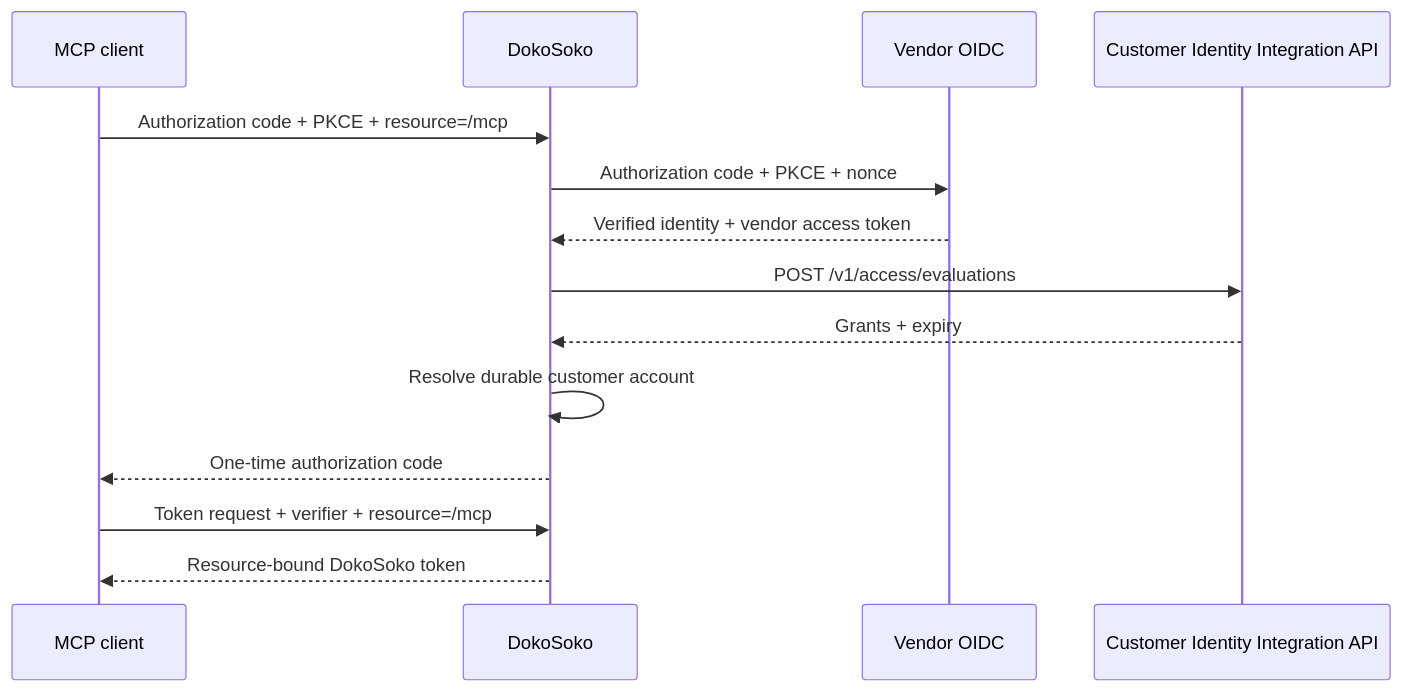
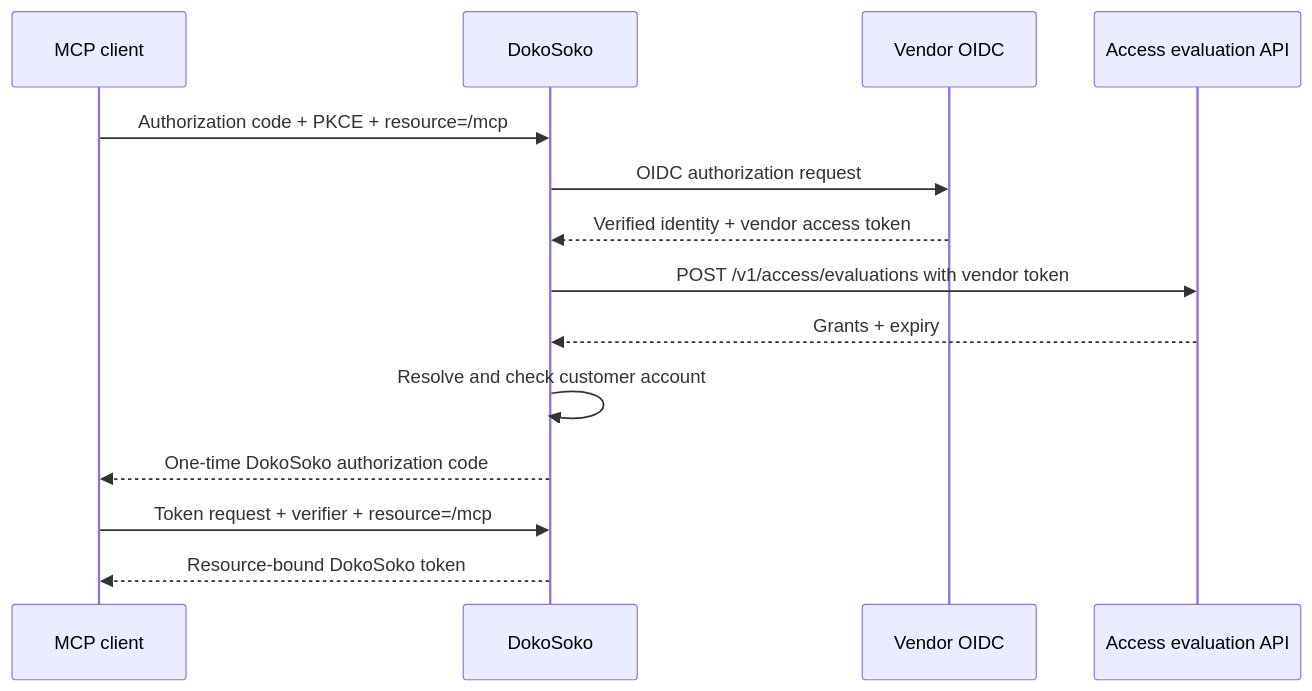
Before and after one commit to Dokosoko-AI/dokosoko-docs: the diagram in src/content/docs/guides/identity.md, drawn with Mermaid. The commit also changed other lines of this file and 42 other files, not shown here.

````diff
--- a/src/content/docs/guides/identity.md
+++ b/src/content/docs/guides/identity.md
@@ -36,16 +30,16 @@
 ```mermaid
 sequenceDiagram
     participant C as MCP client
     participant D as DokoSoko
     participant I as Vendor OIDC
-    participant V as Customer Identity Integration API
+    participant A as Access evaluation API
     C->>D: Authorization code + PKCE + resource=/mcp
-    D->>I: Authorization code + PKCE + nonce
+    D->>I: OIDC authorization request
     I-->>D: Verified identity + vendor access token
-    D->>V: POST /v1/access/evaluations
-    V-->>D: Grants + expiry
-    D->>D: Resolve durable customer account
-    D-->>C: One-time authorization code
+    D->>A: POST /v1/access/evaluations with vendor token
+    A-->>D: Grants + expiry
+    D->>D: Resolve and check customer account
+    D-->>C: One-time DokoSoko authorization code
     C->>D: Token request + verifier + resource=/mcp
     D-->>C: Resource-bound DokoSoko token
 ```
````
